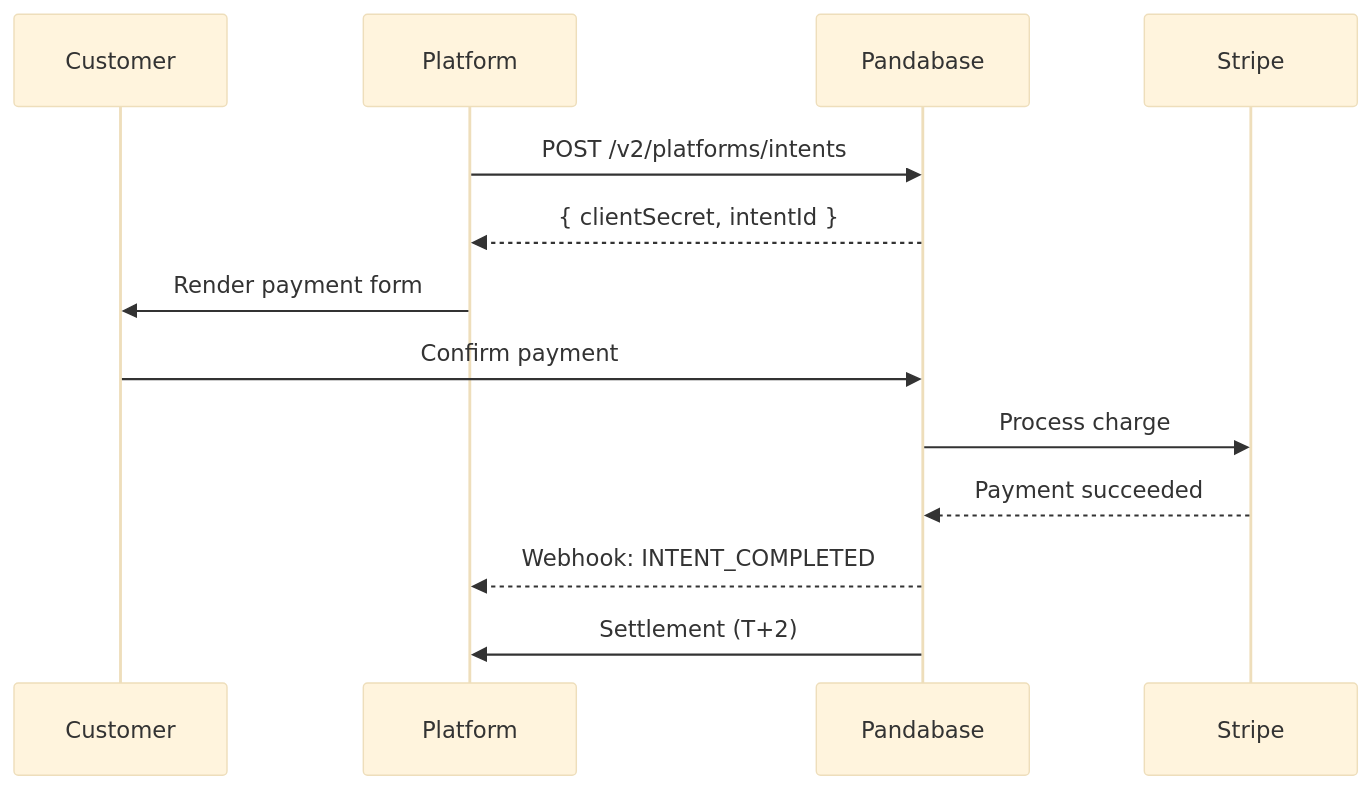
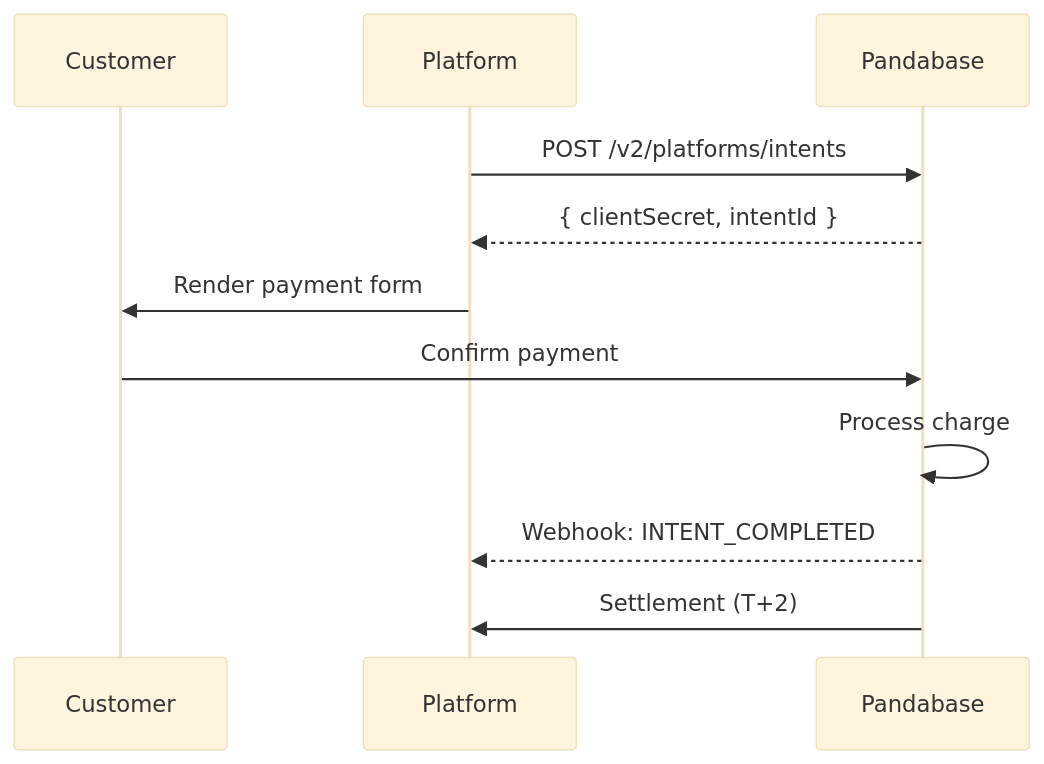
One commit to pandabase/docs.pandabase.io changed the diagram in developers/platforms/intents.mdx. Above: the diagram before and after it, drawn with Mermaid (base theme). The commit also changed 1 other file, not shown here.

Commit message:
docs: remove stripe references from platform docs

````diff
--- a/developers/platforms/intents.mdx
+++ b/developers/platforms/intents.mdx
@@ -16,16 +16,14 @@
 ```mermaid
 sequenceDiagram
     participant Customer
     participant Platform
     participant Pandabase
-    participant Stripe
 
     Platform->>Pandabase: POST /v2/platforms/intents
     Pandabase-->>Platform: { clientSecret, intentId }
     Platform->>Customer: Render payment form
     Customer->>Pandabase: Confirm payment
-    Pandabase->>Stripe: Process charge
-    Stripe-->>Pandabase: Payment succeeded
+    Pandabase->>Pandabase: Process charge
     Pandabase-->>Platform: Webhook: INTENT_COMPLETED
     Pandabase->>Platform: Settlement (T+2)
 ```
````
